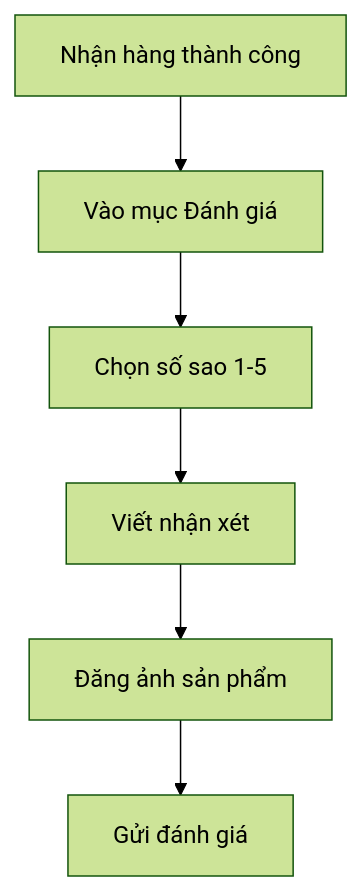
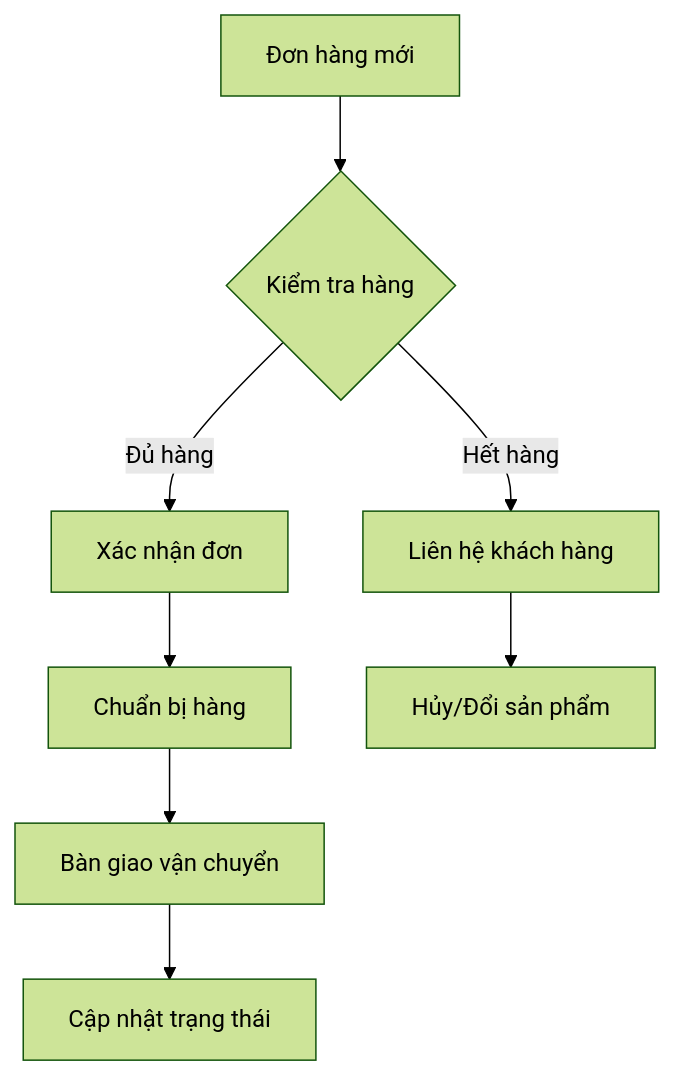
One commit to toantran00/BTTH_12 changed the fourth of 12 diagrams in README.md. Above: the diagram before and after it, drawn with Mermaid (forest theme). The commit also changed other lines of this file, not shown here.

````diff
--- a/README.md
+++ b/README.md
@@ -203,8 +268,10 @@
 ```mermaid
-graph TD
-    A[Nhận hàng thành công] --> B[Vào mục Đánh giá]
-    B --> C[Chọn số sao 1-5]
-    C --> D[Viết nhận xét]
-    D --> E[Đăng ảnh sản phẩm]
-    E --> F[Gửi đánh giá]
+flowchart TD
+    A[Đơn hàng mới] --> B{Kiểm tra hàng}
+    B -->|Đủ hàng| C[Xác nhận đơn]
+    B -->|Hết hàng| D[Liên hệ khách hàng]
+    C --> E[Chuẩn bị hàng]
+    E --> F[Bàn giao vận chuyển]
+    F --> G[Cập nhật trạng thái]
+    D --> H[Hủy/Đổi sản phẩm]
 ```
````
